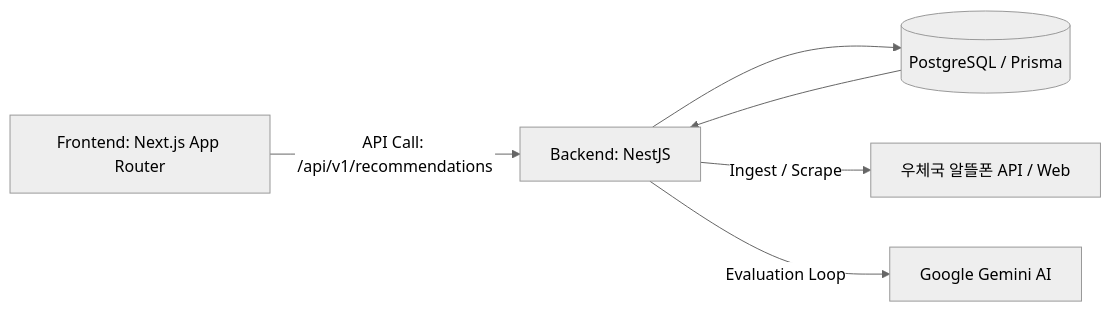
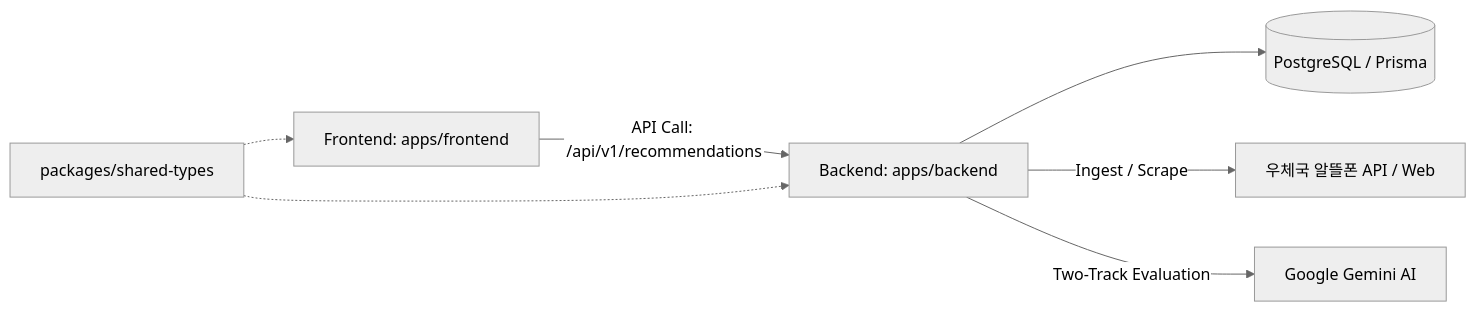
Before and after one commit to park-intae/Project-YOGI: the diagram in README.md, drawn with Mermaid (neutral theme). The commit also changed other lines of this file and 10 other files, not shown here.

````diff
--- a/README.md
+++ b/README.md
@@ -39,8 +43,9 @@
 ```mermaid
 graph LR
-    A[Frontend: Next.js App Router] -->|API Call: /api/v1/recommendations| B[Backend: NestJS]
+    A[Frontend: apps/frontend] -->|API Call: /api/v1/recommendations| B[Backend: apps/backend]
     B --> C[(PostgreSQL / Prisma)]
     B -->|Ingest / Scrape| D[우체국 알뜰폰 API / Web]
-    B -->|Evaluation Loop| E[Google Gemini AI]
-    C --> B
+    B -->|Two-Track Evaluation| E[Google Gemini AI]
+    F[packages/shared-types] -.-> A
+    F[packages/shared-types] -.-> B
 ```
````
